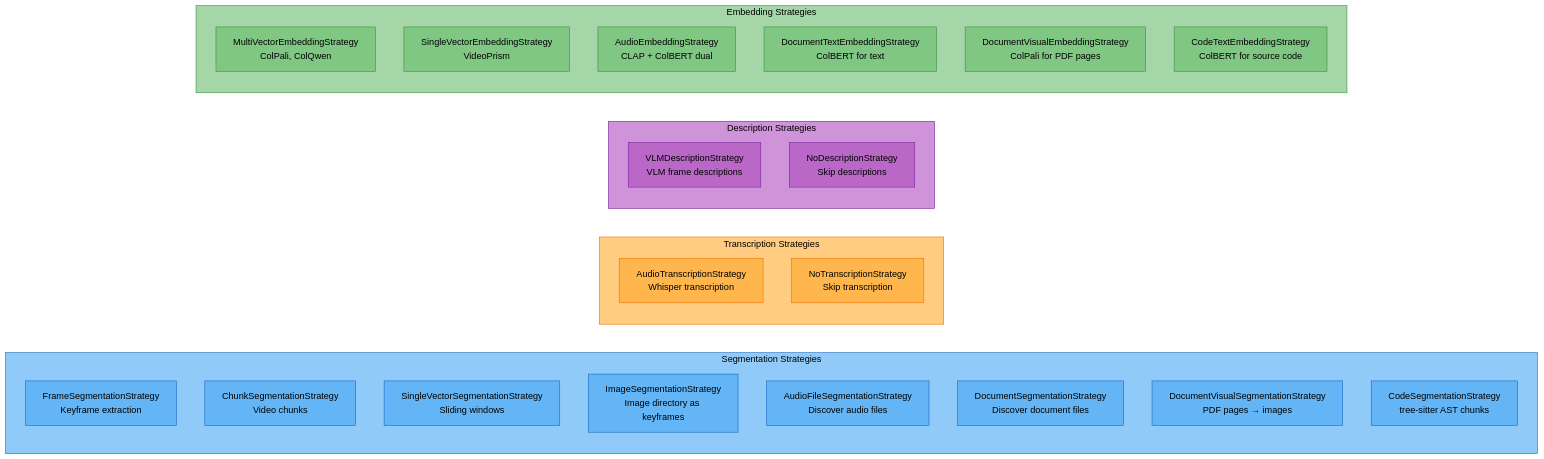
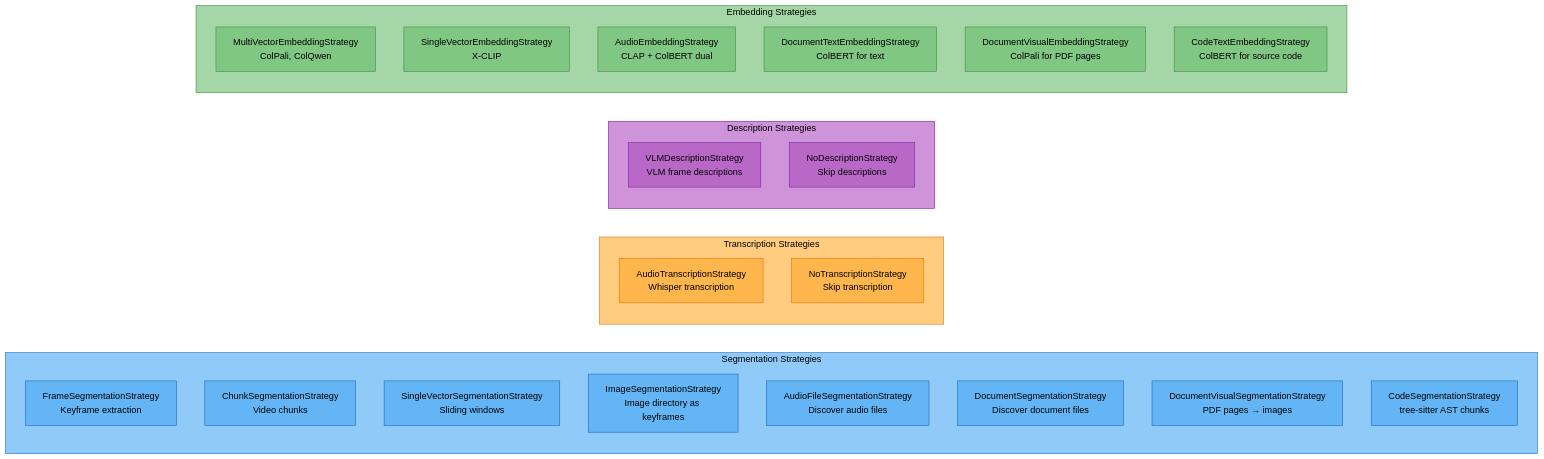
One commit to amit-jain/cogniverse changed the third of 6 diagrams in docs/modules/ingestion.md. Above: the diagram before and after it, drawn with Mermaid. The commit also changed other lines of this file and 168 other files, not shown here.

First line of the commit message:
Remove VideoPrism; X-CLIP is the video embedder

````diff
--- a/docs/modules/ingestion.md
+++ b/docs/modules/ingestion.md
@@ -330,55 +330,55 @@
 ```mermaid
 flowchart LR
     subgraph Segmentation["<span style='color:#000'>Segmentation Strategies</span>"]
         Frame["<span style='color:#000'>FrameSegmentationStrategy<br/>Keyframe extraction</span>"]
         Chunk["<span style='color:#000'>ChunkSegmentationStrategy<br/>Video chunks</span>"]
         Single["<span style='color:#000'>SingleVectorSegmentationStrategy<br/>Sliding windows</span>"]
         Image["<span style='color:#000'>ImageSegmentationStrategy<br/>Image directory as keyframes</span>"]
         AudioFile["<span style='color:#000'>AudioFileSegmentationStrategy<br/>Discover audio files</span>"]
         Doc["<span style='color:#000'>DocumentSegmentationStrategy<br/>Discover document files</span>"]
         DocVis["<span style='color:#000'>DocumentVisualSegmentationStrategy<br/>PDF pages → images</span>"]
         Code["<span style='color:#000'>CodeSegmentationStrategy<br/>tree-sitter AST chunks</span>"]
     end
 
     subgraph Transcription["<span style='color:#000'>Transcription Strategies</span>"]
         Audio["<span style='color:#000'>AudioTranscriptionStrategy<br/>Whisper transcription</span>"]
         NoTrans["<span style='color:#000'>NoTranscriptionStrategy<br/>Skip transcription</span>"]
     end
 
     subgraph Description["<span style='color:#000'>Description Strategies</span>"]
         VLM["<span style='color:#000'>VLMDescriptionStrategy<br/>VLM frame descriptions</span>"]
         NoDesc["<span style='color:#000'>NoDescriptionStrategy<br/>Skip descriptions</span>"]
     end
 
     subgraph Embedding["<span style='color:#000'>Embedding Strategies</span>"]
         MultiVec["<span style='color:#000'>MultiVectorEmbeddingStrategy<br/>ColPali, ColQwen</span>"]
-        SingleVec["<span style='color:#000'>SingleVectorEmbeddingStrategy<br/>VideoPrism</span>"]
+        SingleVec["<span style='color:#000'>SingleVectorEmbeddingStrategy<br/>X-CLIP</span>"]
         AudioEmb["<span style='color:#000'>AudioEmbeddingStrategy<br/>CLAP + ColBERT dual</span>"]
         DocText["<span style='color:#000'>DocumentTextEmbeddingStrategy<br/>ColBERT for text</span>"]
         DocVisEmb["<span style='color:#000'>DocumentVisualEmbeddingStrategy<br/>ColPali for PDF pages</span>"]
         CodeText["<span style='color:#000'>CodeTextEmbeddingStrategy<br/>ColBERT for source code</span>"]
     end
 
     style Segmentation fill:#90caf9,stroke:#1565c0,color:#000
     style Frame fill:#64b5f6,stroke:#1565c0,color:#000
     style Chunk fill:#64b5f6,stroke:#1565c0,color:#000
     style Single fill:#64b5f6,stroke:#1565c0,color:#000
     style Image fill:#64b5f6,stroke:#1565c0,color:#000
     style AudioFile fill:#64b5f6,stroke:#1565c0,color:#000
     style Doc fill:#64b5f6,stroke:#1565c0,color:#000
     style DocVis fill:#64b5f6,stroke:#1565c0,color:#000
     style Code fill:#64b5f6,stroke:#1565c0,color:#000
     style Transcription fill:#ffcc80,stroke:#ef6c00,color:#000
     style Audio fill:#ffb74d,stroke:#ef6c00,color:#000
     style NoTrans fill:#ffb74d,stroke:#ef6c00,color:#000
     style Description fill:#ce93d8,stroke:#7b1fa2,color:#000
     style VLM fill:#ba68c8,stroke:#7b1fa2,color:#000
     style NoDesc fill:#ba68c8,stroke:#7b1fa2,color:#000
     style Embedding fill:#a5d6a7,stroke:#388e3c,color:#000
     style MultiVec fill:#81c784,stroke:#388e3c,color:#000
     style SingleVec fill:#81c784,stroke:#388e3c,color:#000
     style AudioEmb fill:#81c784,stroke:#388e3c,color:#000
     style DocText fill:#81c784,stroke:#388e3c,color:#000
     style DocVisEmb fill:#81c784,stroke:#388e3c,color:#000
     style CodeText fill:#81c784,stroke:#388e3c,color:#000
 ```
````
